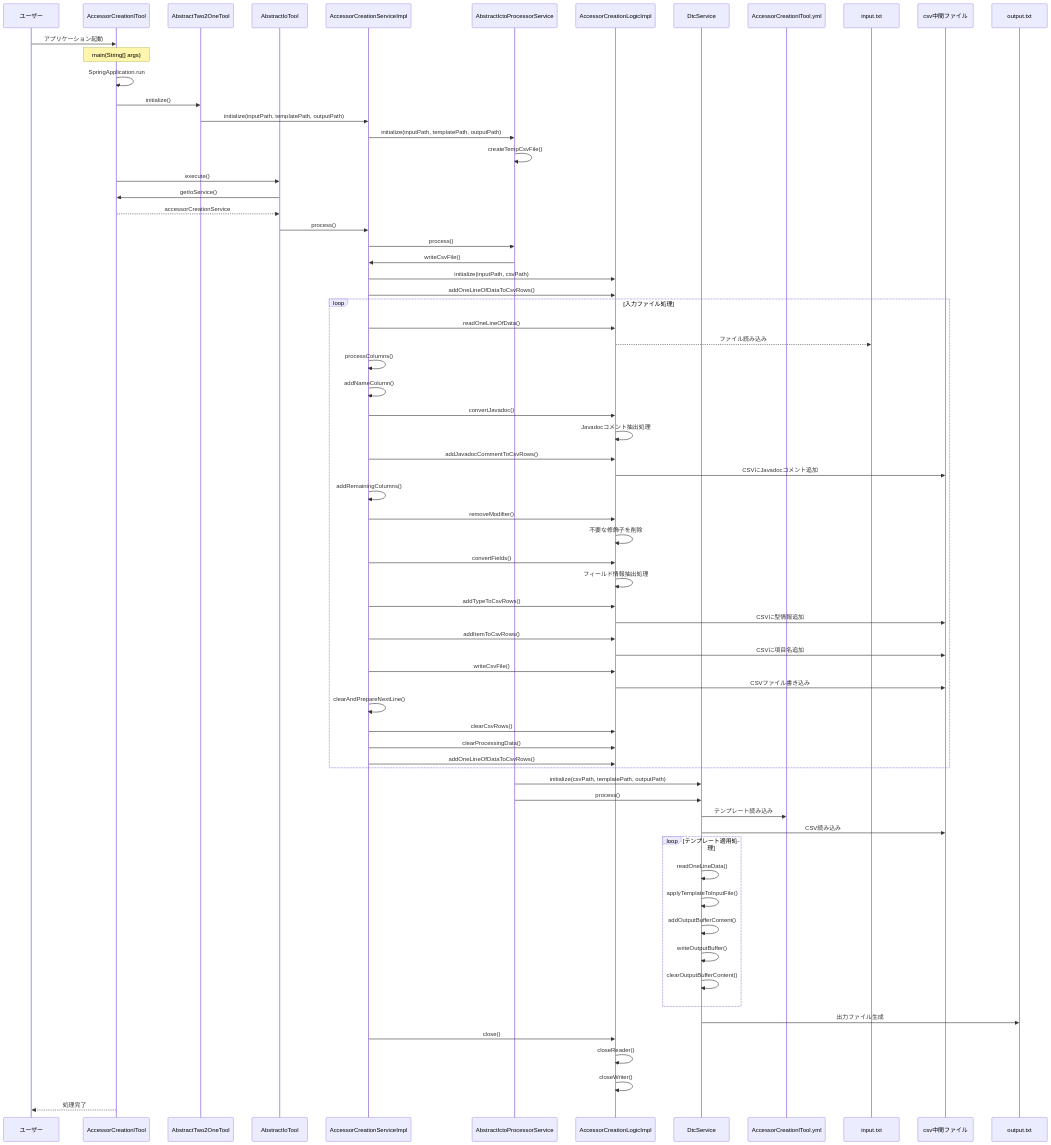
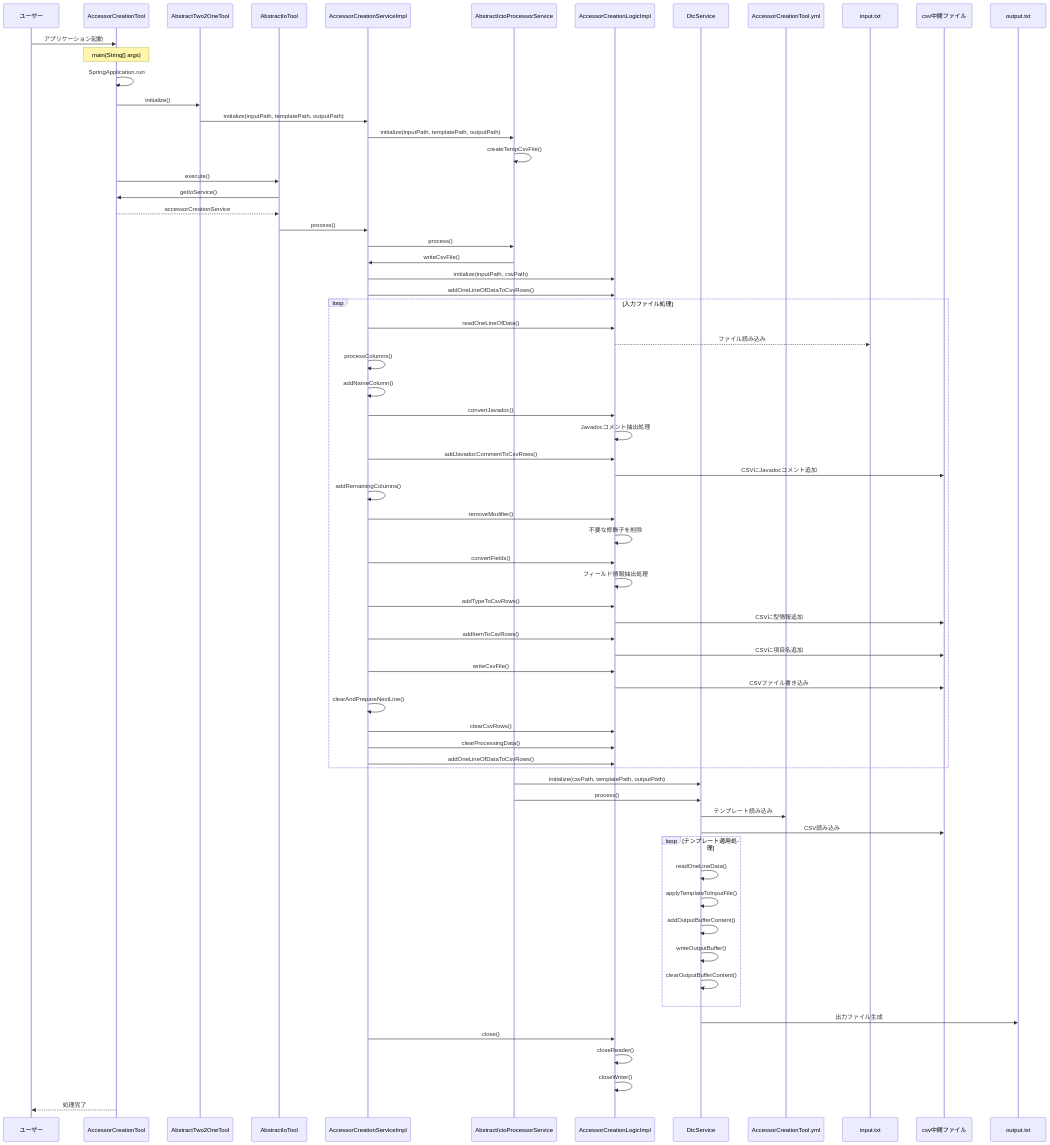
One commit to KenichiroArai/kmg-tool-base changed the second of 2 diagrams in doc/設計書/アクセサ作成ツールの設計図.md. Above: the diagram before and after it, drawn with Mermaid. The commit also changed other lines of this file and 3 other files, not shown here.

````diff
--- a/doc/設計書/アクセサ作成ツールの設計図.md
+++ b/doc/設計書/アクセサ作成ツールの設計図.md
@@ -147,14 +147,14 @@
 ```mermaid
 sequenceDiagram
     participant User as ユーザー
-    participant ACT as AccessorCreationlTool
+    participant ACT as AccessorCreationTool
     participant AT2OT as AbstractTwo2OneTool
     participant AIT as AbstractIoTool
     participant ACService as AccessorCreationServiceImpl
     participant AIPS as AbstractIctoProcessorService
     participant ACLogic as AccessorCreationLogicImpl
     participant DtcService as DtcService
-    participant Template as AccessorCreationlTool.yml
+    participant Template as AccessorCreationTool.yml
     participant Input as input.txt
     participant CSV as csv中間ファイル
     participant Output as output.txt
````
